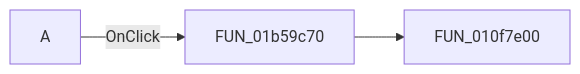
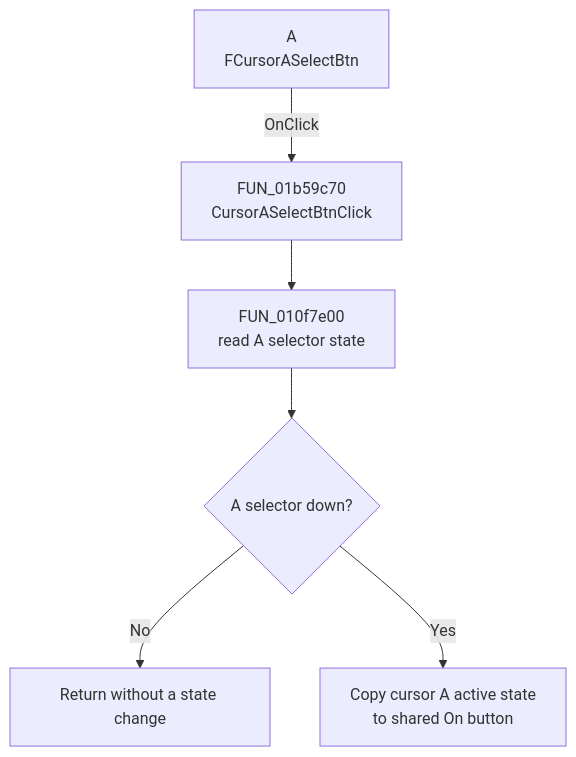
One commit to MovGP0/TIARA changed the diagram in docs/ui-controls/xyrecorderwin/fcursoraselectbtn-53aeaadee0.md. Above: the diagram before and after it, drawn with Mermaid. The commit also changed other lines of this file and 387 other files, not shown here.

````diff
--- a/docs/ui-controls/xyrecorderwin/fcursoraselectbtn-53aeaadee0.md
+++ b/docs/ui-controls/xyrecorderwin/fcursoraselectbtn-53aeaadee0.md
@@ -27,5 +29,8 @@
 ```mermaid
-flowchart LR
-    control["A"] -->|OnClick| handler["FUN_01b59c70"]
-    handler --> call1["FUN_010f7e00"]
+flowchart TD
+    control["A<br/>FCursorASelectBtn"] -->|OnClick| handler["FUN_01b59c70<br/>CursorASelectBtnClick"]
+    handler --> sync["FUN_010f7e00<br/>read A selector state"]
+    sync --> selected{"A selector down?"}
+    selected -->|No| unchanged["Return without a state change"]
+    selected -->|Yes| copy["Copy cursor A active state<br/>to shared On button"]
 ```
````
